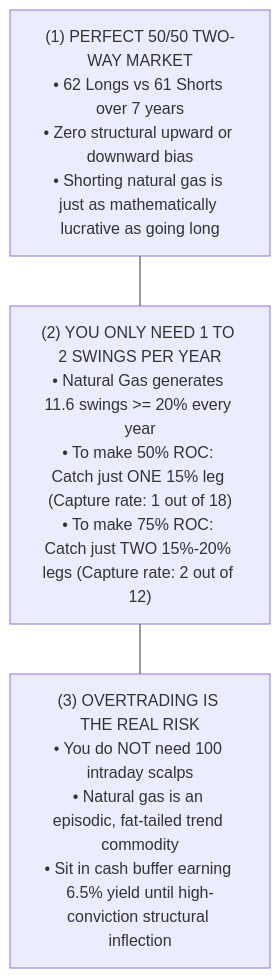
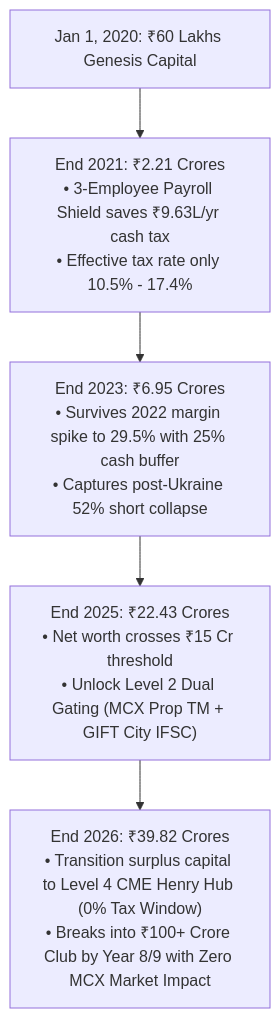
Before and after one commit to yieldchaser/mcx-margins: diagram 11 of 13 in models/execution_and_tax_validation_plan.md, drawn with Mermaid. The commit also changed other lines of this file and 4 other files, not shown here.

````diff
--- a/models/execution_and_tax_validation_plan.md
+++ b/models/execution_and_tax_validation_plan.md
@@ -407,10 +437,7 @@
 ```mermaid
 flowchart TD
-    Insight1["(1) PERFECT 50/50 TWO-WAY MARKET<br/>• 62 Longs vs 61 Shorts over 7 years<br/>• Zero structural upward or downward bias<br/>• Shorting natural gas is just as mathematically lucrative as going long"]
-
-    Insight2["(2) YOU ONLY NEED 1 TO 2 SWINGS PER YEAR<br/>• Natural Gas generates 11.6 swings >= 20% every year<br/>• To make 50% ROC: Catch just ONE 15% leg (Capture rate: 1 out of 18)<br/>• To make 75% ROC: Catch just TWO 15%-20% legs (Capture rate: 2 out of 12)"]
-
-    Insight3["(3) OVERTRADING IS THE REAL RISK<br/>• You do NOT need 100 intraday scalps<br/>• Natural gas is an episodic, fat-tailed trend commodity<br/>• Sit in cash buffer earning 6.5% yield until high-conviction structural inflection"]
-
-    Insight1 --- Insight2 --- Insight3
+    G0["Jan 1, 2020: ₹60 Lakhs Genesis Capital"] --> G2["End 2021: ₹2.21 Crores<br/>• 3-Employee Payroll Shield saves ₹9.63L/yr cash tax<br/>• Effective tax rate only 10.5% - 17.4%"]
+    G2 --> G4["End 2023: ₹6.95 Crores<br/>• Survives 2022 margin spike to 29.5% with 25% cash buffer<br/>• Captures post-Ukraine 52% short collapse"]
+    G4 --> G6["End 2025: ₹22.43 Crores<br/>• Net worth crosses ₹15 Cr threshold<br/>• Unlock Level 2 Dual Gating (MCX Prop TM + GIFT City IFSC)"]
+    G6 --> G8["End 2026: ₹39.82 Crores<br/>• Transition surplus capital to Level 4 CME Henry Hub (0% Tax Window)<br/>• Breaks into ₹100+ Crore Club by Year 8/9 with Zero MCX Market Impact"]
 ```
````
